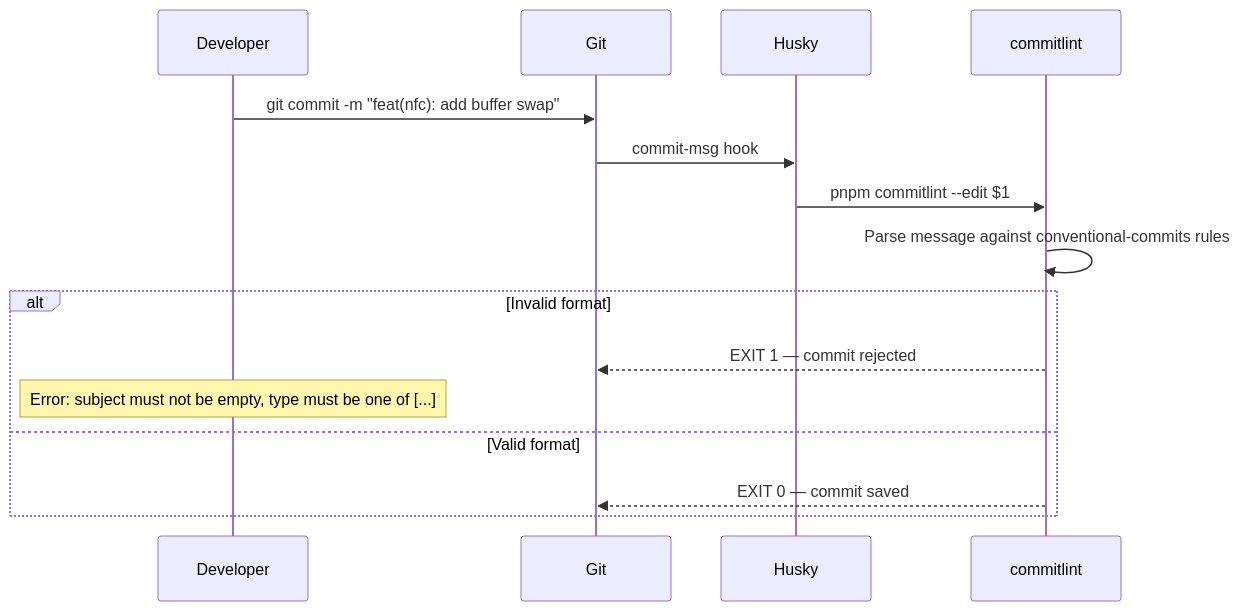
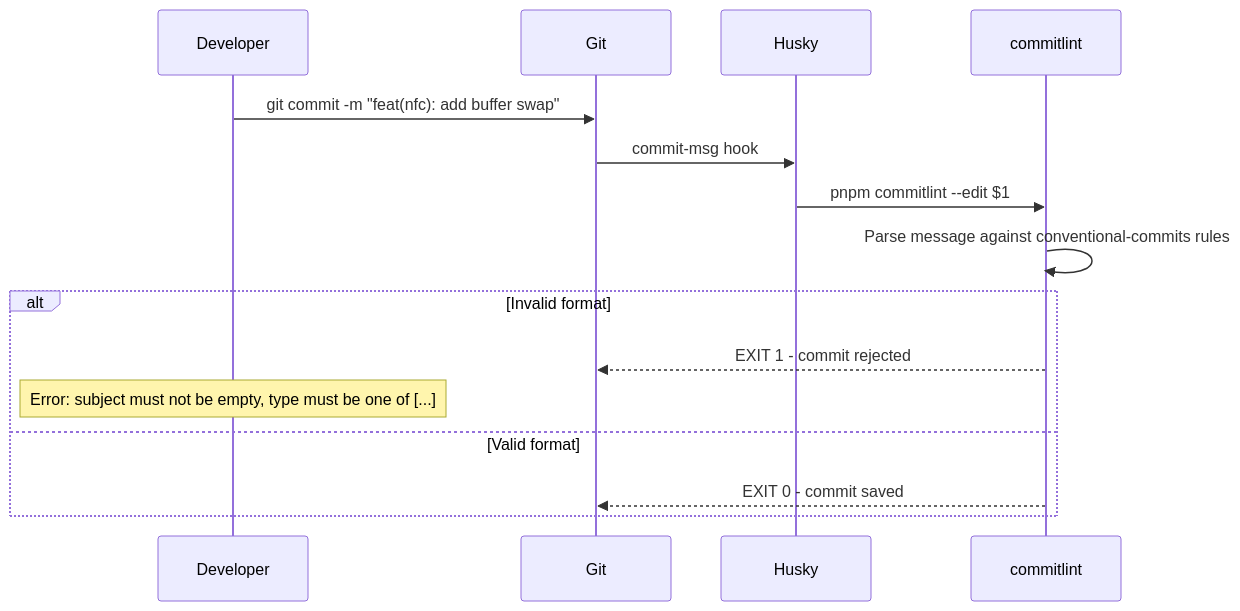
Before and after one commit to Stradivary/koperasi-kegelapan-app: the third of 7 diagrams in docs-arch/SOFTWARE_QUALITY.md, drawn with Mermaid. The commit also changed other lines of this file and 282 other files, not shown here.

First line of the commit message:
feat(architecture): implement clean architecture with domain isolation and comprehensive testing

````diff
--- a/docs-arch/SOFTWARE_QUALITY.md
+++ b/docs-arch/SOFTWARE_QUALITY.md
@@ -147,18 +147,18 @@
 ```mermaid
 sequenceDiagram
     participant Dev as Developer
     participant Git as Git
     participant Husky as Husky
     participant CL as commitlint
 
     Dev->>Git: git commit -m "feat(nfc): add buffer swap"
     Git->>Husky: commit-msg hook
     Husky->>CL: pnpm commitlint --edit $1
     CL->>CL: Parse message against conventional-commits rules
     alt Invalid format
-        CL-->>Git: EXIT 1 — commit rejected
+        CL-->>Git: EXIT 1 - commit rejected
         Note over Dev: Error: subject must not be empty, type must be one of [...]
     else Valid format
-        CL-->>Git: EXIT 0 — commit saved
+        CL-->>Git: EXIT 0 - commit saved
     end
 ```
````
